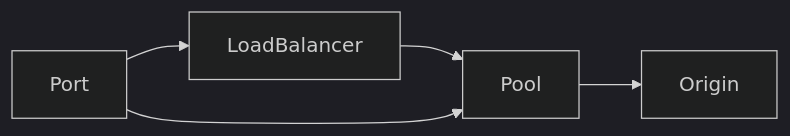
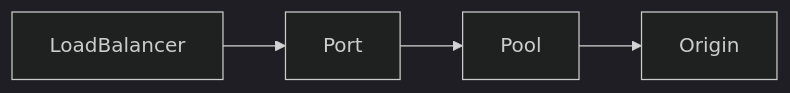
Before and after one commit to infratographer/load-balancer-api: the diagram in README.md, drawn with Mermaid (dark theme).

Commit message:
Feedback

````diff
--- a/README.md
+++ b/README.md
@@ -7,8 +7,6 @@
 ```mermaid
 graph LR;
-    Port-->LoadBalancer;
-    LoadBalancer-->Pool;
+    LoadBalancer-->Port;
     Port-->Pool;
     Pool-->Origin;
-
-```
+ ```
````
